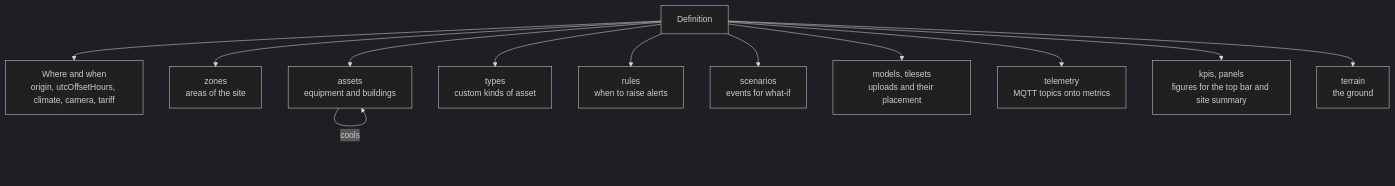
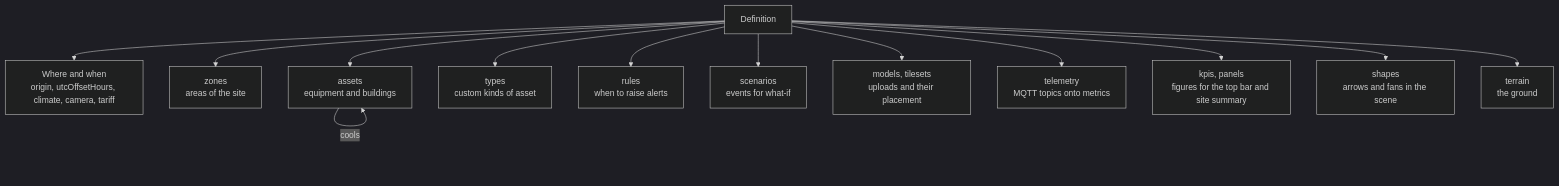
The first of 2 diagrams in docs/manual/12-twin-definitions.md (Jarryd-W-Hoffman/digital-twin), drawn with Mermaid (dark theme) before and after one commit. The commit also changed other lines of this file and 21 other files, not shown here.

First line of the commit message:
Add shapes: vectors and azimuth-elevation fans

````diff
--- a/docs/manual/12-twin-definitions.md
+++ b/docs/manual/12-twin-definitions.md
@@ -67,15 +67,16 @@
 ```mermaid
 flowchart TD
     D[Definition] --> Site["Where and when<br/>origin, utcOffsetHours, climate, camera, tariff"]
     D --> Z["zones<br/>areas of the site"]
     D --> A["assets<br/>equipment and buildings"]
     D --> T["types<br/>custom kinds of asset"]
     D --> R["rules<br/>when to raise alerts"]
     D --> S["scenarios<br/>events for what-if"]
     D --> L["models, tilesets<br/>uploads and their placement"]
     D --> M["telemetry<br/>MQTT topics onto metrics"]
     D --> K["kpis, panels<br/>figures for the top bar and site summary"]
+    D --> V["shapes<br/>arrows and fans in the scene"]
     D --> G["terrain<br/>the ground"]
     A -->|fedBy| A
     A -->|cools| A
 ```
````
